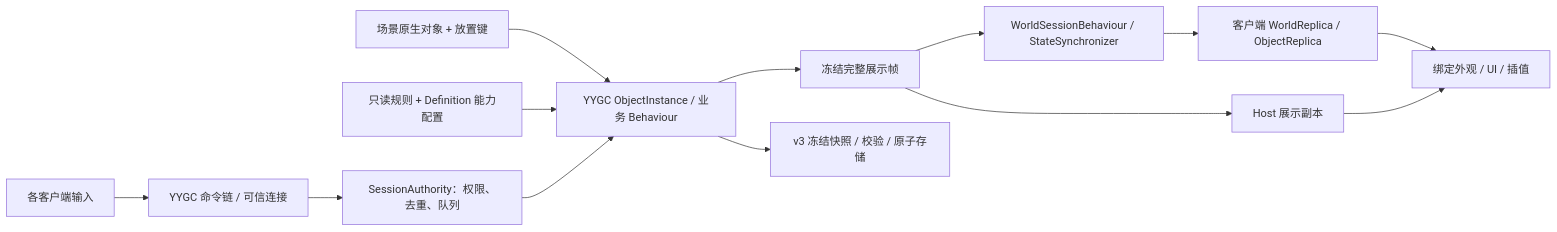
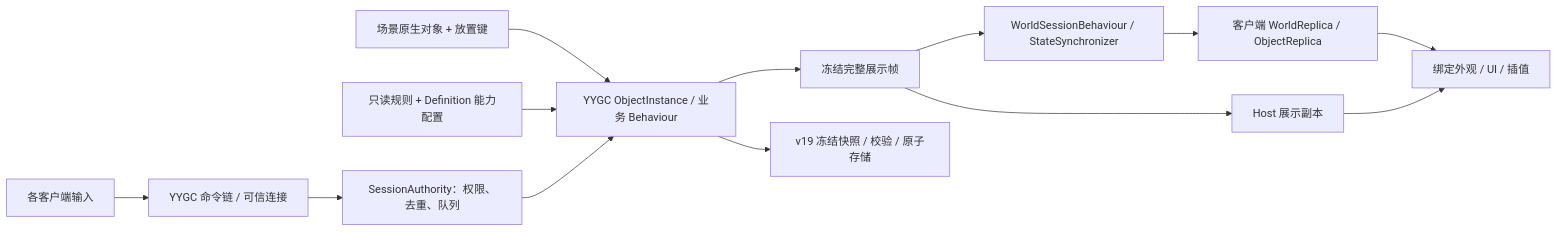
Before and after one commit to surgame/dark-night-unity: the diagram in docs/ARCHITECTURE.md, drawn with Mermaid. The commit also changed other lines of this file and 180 other files, not shown here.

````diff
--- a/docs/ARCHITECTURE.md
+++ b/docs/ARCHITECTURE.md
@@ -62,15 +31,15 @@
 ```mermaid
 flowchart LR
     Scene["场景原生对象 + 放置键"] --> Objects["YYGC ObjectInstance / 业务 Behaviour"]
     Config["只读规则 + Definition 能力配置"] --> Objects
     Input["各客户端输入"] --> Gate["YYGC 命令链 / 可信连接"]
     Gate --> Authority["SessionAuthority：权限、去重、队列"]
     Authority --> Objects
     Objects --> Projection["冻结完整展示帧"]
     Projection --> Network["WorldSessionBehaviour / StateSynchronizer"]
     Network --> Replica["客户端 WorldReplica / ObjectReplica"]
     Projection --> Host["Host 展示副本"]
     Replica --> View["绑定外观 / UI / 插值"]
     Host --> View
-    Objects --> Save["v3 冻结快照 / 校验 / 原子存储"]
+    Objects --> Save["v19 冻结快照 / 校验 / 原子存储"]
 ```
````
